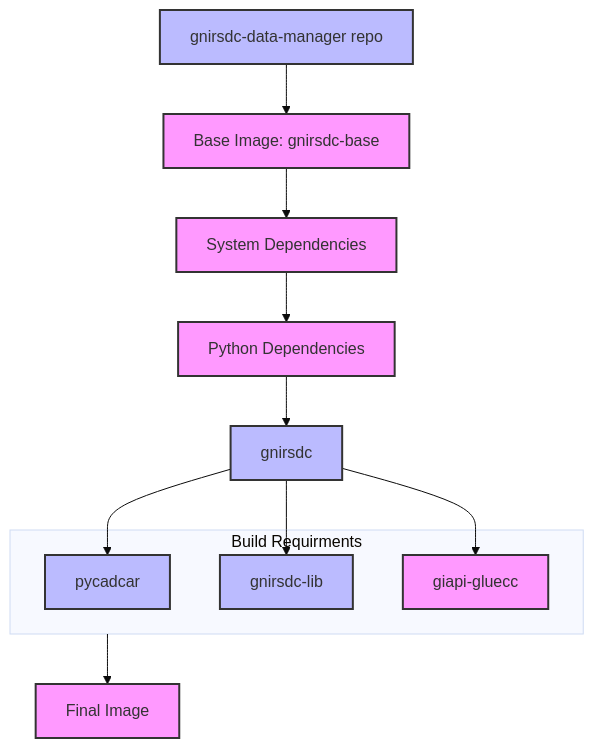
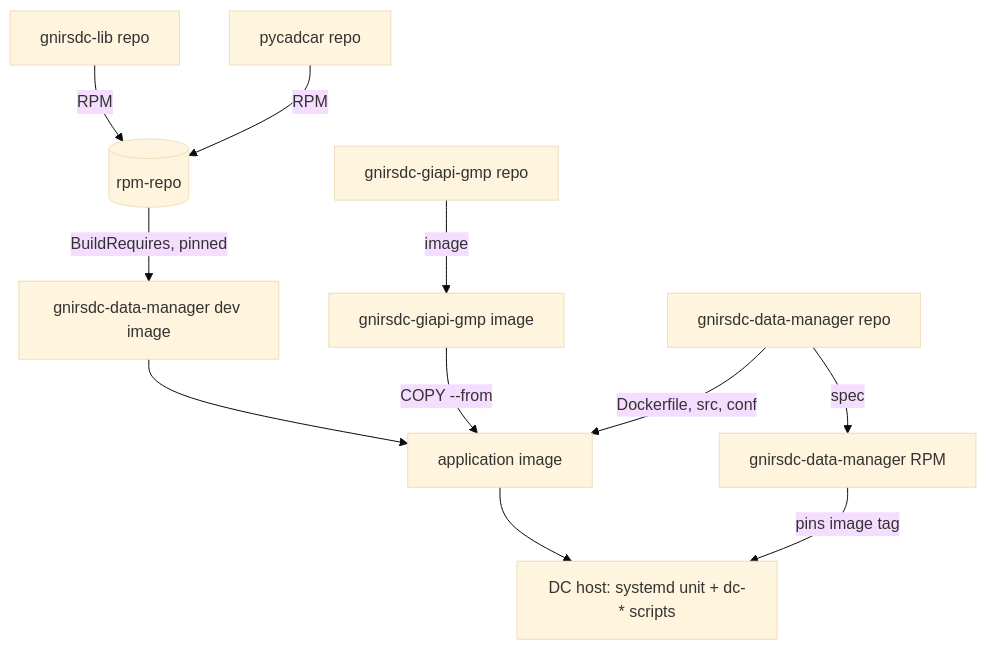
Before and after one commit to gemini-rtsw/gnirsdc-data-manager: the first of 2 diagrams in README.md, drawn with Mermaid (base theme). The commit also changed other lines of this file and 37 other files, not shown here.

````diff
--- a/README.md
+++ b/README.md
@@ -606,24 +467,13 @@
 ```mermaid
 graph TD
-    A[gnirsdc-data-manager repo] --> B[Base Image: gnirsdc-base]
-    B --> C[System Dependencies]
-    C --> D[Python Dependencies]
-    D --> E[gnirsdc]
-    E --> F[pycadcar]
-    E --> G[gnirsdc-lib]
-    E --> H[giapi-gluecc]
-    
-    subgraph BR[Build Requirments]
-        F
-        G
-        H
-    end
-    
-    BR --> I[Final Image]
-    
-    classDef component fill:#f9f,stroke:#333,stroke-width:2px
-    classDef repo fill:#bbf,stroke:#333,stroke-width:2px
-    
-    class A,E,F,G repo
-    class B,C,D,H,I component
+    LIB[gnirsdc-lib repo] -->|RPM| REPO[(rpm-repo)]
+    PCC[pycadcar repo] -->|RPM| REPO
+    GG[gnirsdc-giapi-gmp repo] -->|image| GGI[gnirsdc-giapi-gmp image]
+    REPO -->|BuildRequires, pinned| DEV[gnirsdc-data-manager dev image]
+    DEV --> APP[application image]
+    GGI -->|COPY --from| APP
+    DM[gnirsdc-data-manager repo] -->|Dockerfile, src, conf| APP
+    DM -->|spec| RPM[gnirsdc-data-manager RPM]
+    RPM -->|pins image tag| HOST[DC host: systemd unit + dc-* scripts]
+    APP --> HOST
 ```
````
